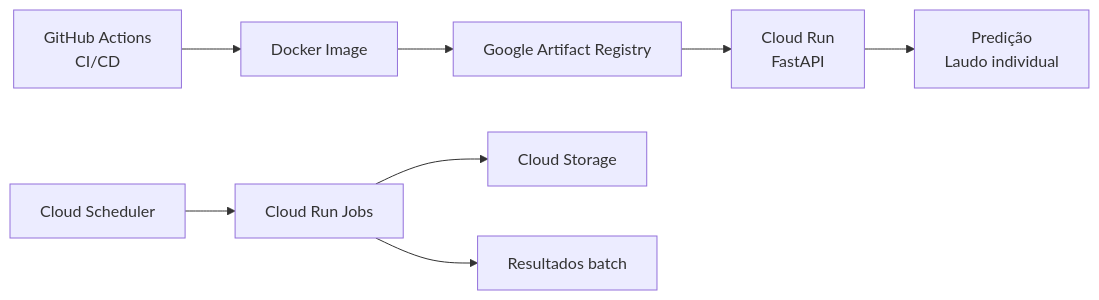
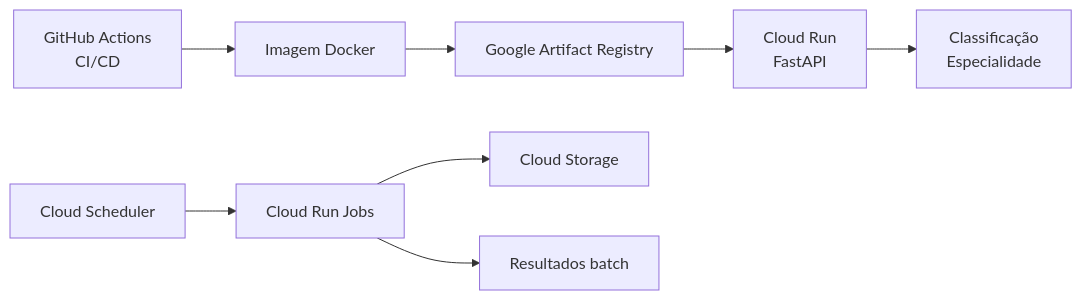
Before and after one commit to jessyca-machado/automated-text-exam-triage: the second of 3 diagrams in README.md, drawn with Mermaid. The commit also changed other lines of this file and 1 other file, not shown here.

````diff
--- a/README.md
+++ b/README.md
@@ -65,11 +81,11 @@
 ```mermaid
 flowchart LR
-    A[GitHub Actions<br/>CI/CD] --> B[Docker Image]
+    A[GitHub Actions<br/>CI/CD] --> B[Imagem Docker]
     B --> C[Google Artifact Registry]
     C --> D[Cloud Run<br/>FastAPI]
-    D --> E[Predição<br/>Laudo individual]
+    D --> E[Classificação<br/>Especialidade]
 
     F[Cloud Scheduler] --> G[Cloud Run Jobs]
     G --> H[Cloud Storage]
     G --> I[Resultados batch]
 ```
````
